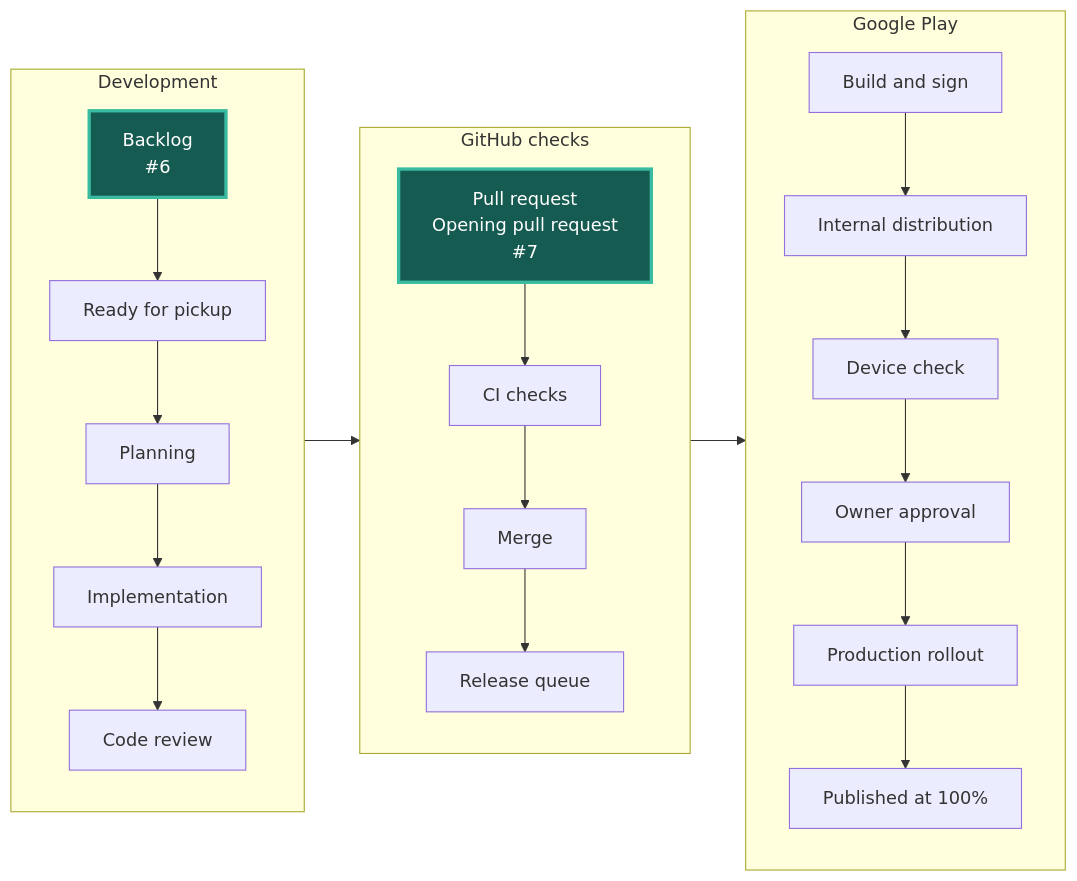
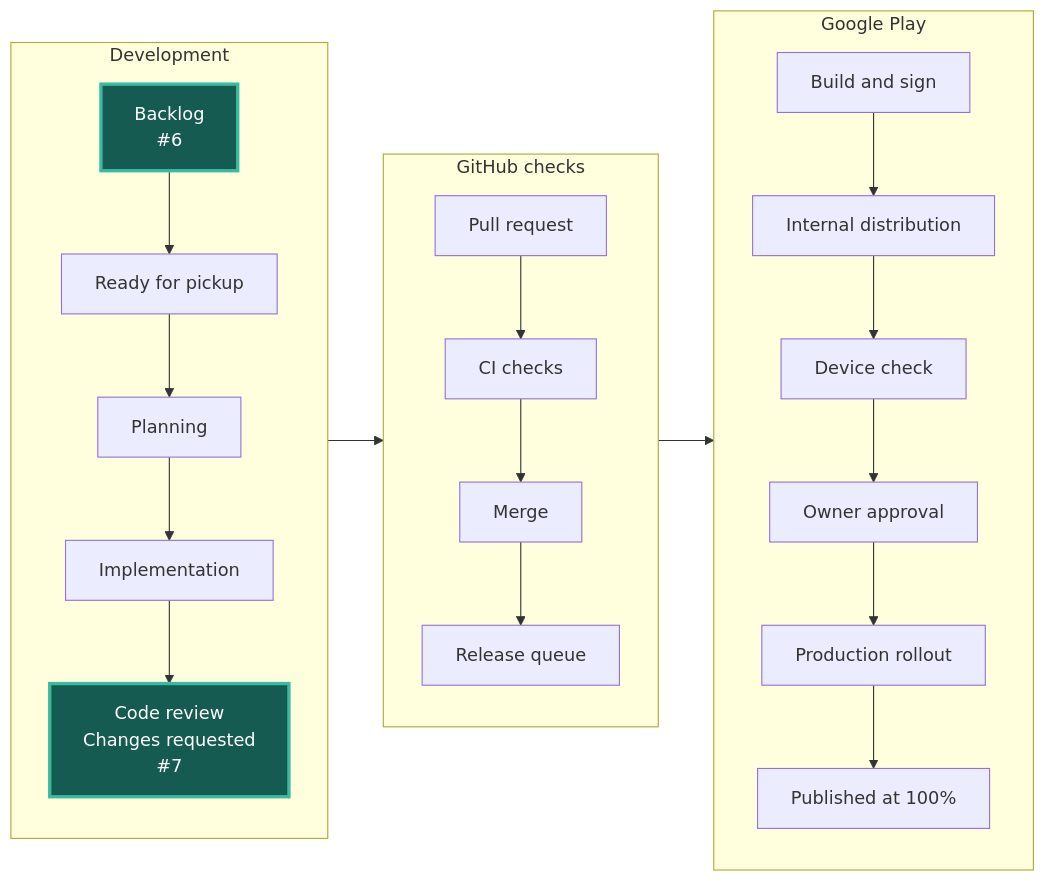
One commit to Oziomajnr/ChessTournamentManager changed the diagram in STATUS.md. Above: the diagram before and after it, drawn with Mermaid. The commit also changed other lines of this file and 1 other file, not shown here.

Commit message:
Refresh issue delivery graph

````diff
--- a/STATUS.md
+++ b/STATUS.md
@@ -5,34 +5,34 @@
 ```mermaid
 flowchart LR
     accTitle: Current issue positions in the delivery workflow
     accDescr: Development flows into GitHub checks and Google Play. Each issue number appears at its current step.
     subgraph development["Development"]
         direction TB
         backlog["Backlog<br/>#6"]:::occupied
         ready["Ready for pickup"]
         plan["Planning"]
         code["Implementation"]
-        review["Code review"]
+        review["Code review<br/>Changes requested<br/>#7"]:::occupied
         backlog --> ready --> plan --> code --> review
     end
     subgraph integration["GitHub checks"]
         direction TB
-        pull["Pull request<br/>Opening pull request<br/>#7"]:::occupied
+        pull["Pull request"]
         ci["CI checks"]
         merge["Merge"]
         queue["Release queue"]
         pull --> ci --> merge --> queue
     end
     subgraph distribution["Google Play"]
         direction TB
         build["Build and sign"]
         internal["Internal distribution"]
         device["Device check"]
         approval["Owner approval"]
         rollout["Production rollout"]
         published["Published at 100%"]
         build --> internal --> device --> approval --> rollout --> published
     end
     development --> integration --> distribution
     classDef occupied fill:#165b51,color:#ffffff,stroke:#38bba0,stroke-width:3px
 ```
````
